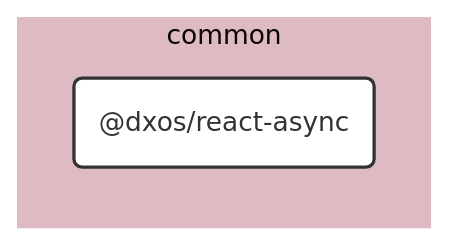
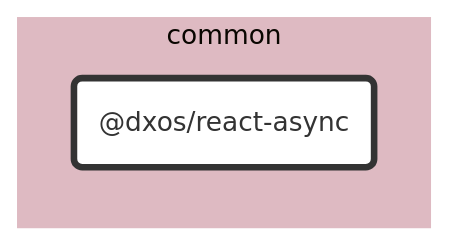
The diagram in packages/common/react-async/docs/README.md (dxos/dxos), drawn with Mermaid (base theme) before and after one commit. The commit also changed 683 other files, not shown here.

````diff
--- a/packages/common/react-async/docs/README.md
+++ b/packages/common/react-async/docs/README.md
@@ -7,25 +7,20 @@
 ```mermaid
 %%{ init: {'flowchart':{'curve':'basis'}} }%%
 
 flowchart LR
 
-%% Links
+%% Classes
+classDef def fill:#fff,stroke:#333,stroke-width:1px
+classDef root fill:#fff,stroke:#333,stroke-width:4px
 
-%% Sections
-subgraph common
-  style common fill:#debac2,stroke:#fff;
+%% Nodes
 
-  dxos/react-async("@dxos/react-async")
+subgraph common [common]
+  style common fill:#debac2,stroke:#fff
+  dxos/react-async("@dxos/react-async"):::root
+  click dxos/react-async "dxos/dxos/tree/main/packages/common/react-async/docs"
 end
 
-
-%% Hyperlinks
-
-%% Styles
-classDef rootNode fill:#fff,stroke:#333,stroke-width:2px
-classDef defaultNode fill:#fff,stroke:#333,stroke-width:1px
+%% Links
 linkStyle default stroke:#333,stroke-width:1px
-
-dxos/react-async:::rootNode
-
 ```
````
